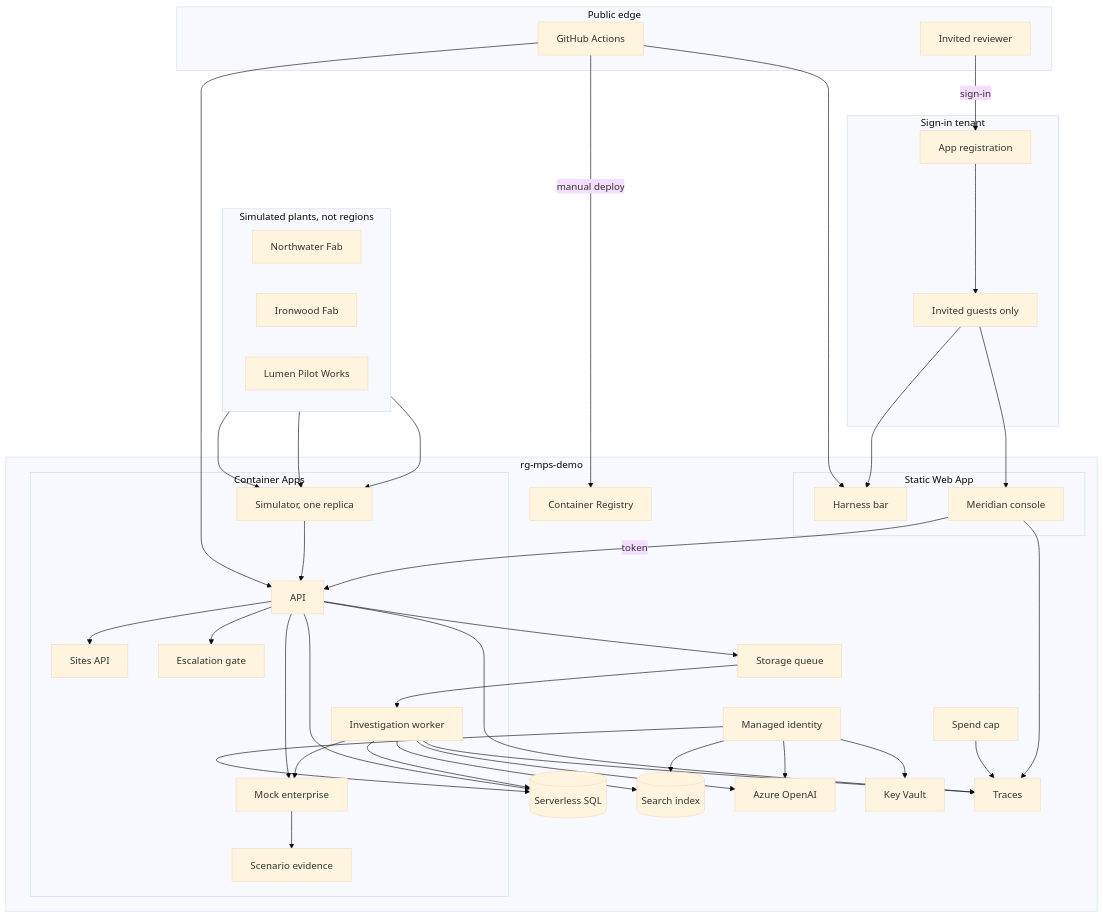
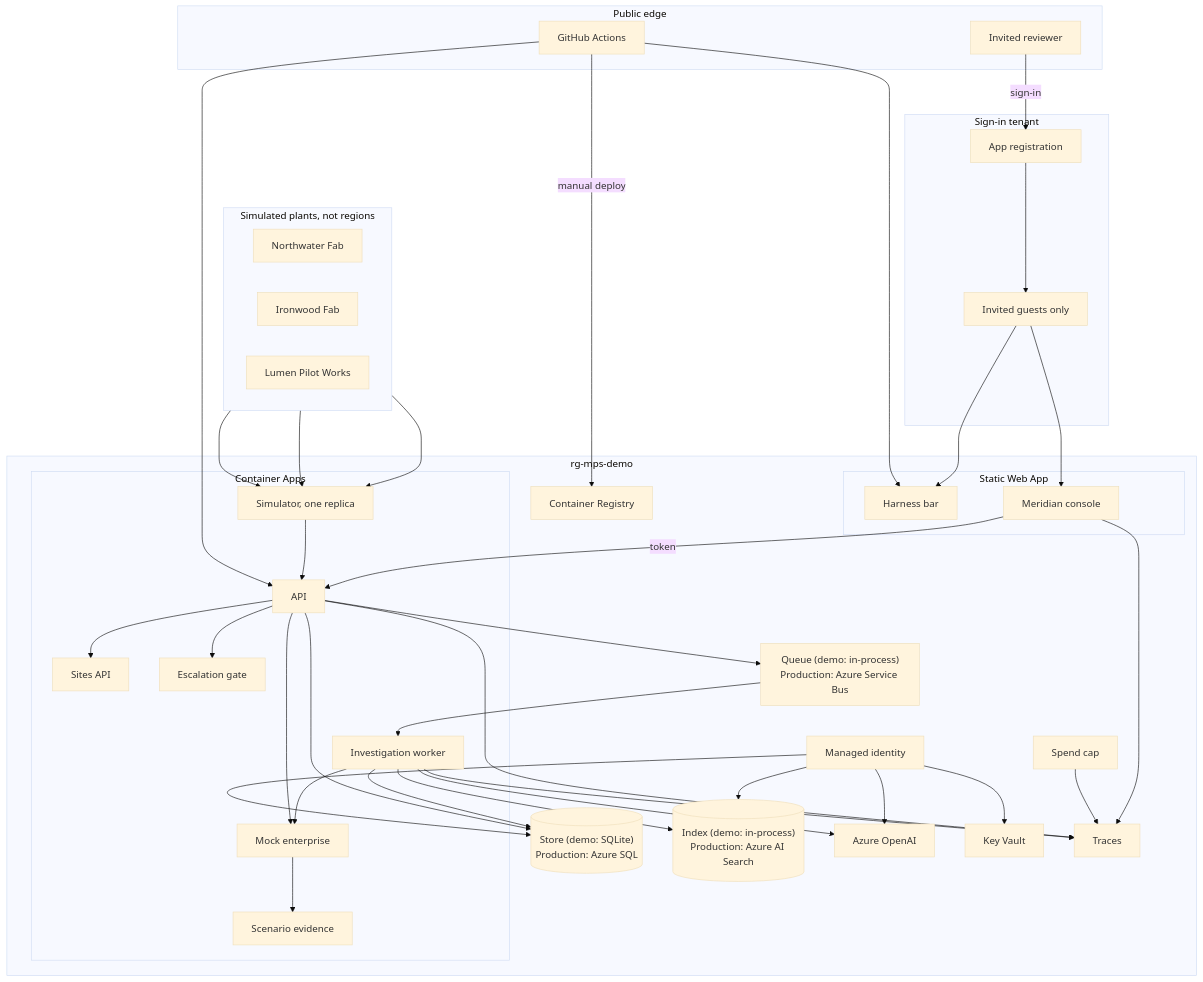
One commit to ccc-bcweis/mps-quality-agents changed the diagram in docs/diagrams/physical.md. Above: the diagram before and after it, drawn with Mermaid (base theme). The commit also changed other lines of this file and 5 other files, not shown here.

Commit message:
G5: production swaps on the physical diagram (Service Bus, Azure SQL, Azure AI Search)

````diff
--- a/docs/diagrams/physical.md
+++ b/docs/diagrams/physical.md
@@ -12,81 +12,81 @@
 ```mermaid
 flowchart TB
   subgraph Plants["Simulated plants, not regions"]
     direction LR
     NW["Northwater Fab"]
     IW["Ironwood Fab"]
     LM["Lumen Pilot Works"]
   end
 
   subgraph Public["Public edge"]
     REV["Invited reviewer"]
     GH["GitHub Actions"]
   end
 
   subgraph IdP["Sign-in tenant"]
     APP["App registration"]
     GUESTS["Invited guests only"]
   end
 
   REV -->|sign-in| APP
   APP --> GUESTS
 
   subgraph RG["rg-mps-demo"]
     subgraph Edge["Static Web App"]
       HRN["Harness bar"]
       CON["Meridian console"]
     end
 
     subgraph Net["Container Apps"]
       APIc["API"]
       SITES["Sites API"]
       EGATE["Escalation gate"]
       WRK["Investigation worker"]
       SIMc["Simulator, one replica"]
       MOCK["Mock enterprise"]
       EVD["Scenario evidence"]
     end
 
-    Q["Storage queue"]
-    SQL[("Serverless SQL")]
-    SRCH[("Search index")]
+    Q["Queue (demo: in-process)<br/>Production: Azure Service Bus"]
+    SQL[("Store (demo: SQLite)<br/>Production: Azure SQL")]
+    SRCH[("Index (demo: in-process)<br/>Production: Azure AI Search")]
     AOAI["Azure OpenAI"]
     KV["Key Vault"]
     MI["Managed identity"]
     AI["Traces"]
     BUD["Spend cap"]
     ACR["Container Registry"]
   end
 
   GUESTS --> HRN
   GUESTS --> CON
   CON -->|token| APIc
   NW --> SIMc
   IW --> SIMc
   LM --> SIMc
   APIc --> SITES
   APIc --> EGATE
   APIc --> Q
   Q --> WRK
   SIMc --> APIc
   WRK --> AOAI
   WRK --> SRCH
   WRK --> SQL
   WRK --> MOCK
   MOCK --> EVD
   APIc --> SQL
   APIc --> MOCK
 
   MI --> KV
   MI --> AOAI
   MI --> SQL
   MI --> SRCH
   APIc --> AI
   WRK --> AI
   CON --> AI
   BUD --> AI
 
   GH -->|manual deploy| ACR
   GH --> APIc
   GH --> HRN
 ```
````
